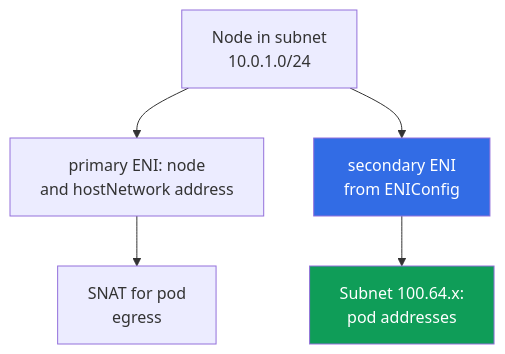
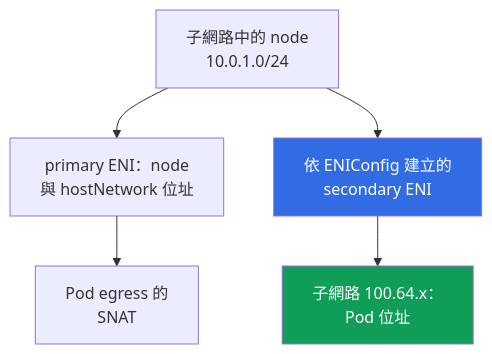
One commit to ViktorUJ/cks changed the second of 2 diagrams in tasks/eks/course/07/tw.md. Above: the diagram before and after it, drawn with Mermaid. The commit also changed other lines of this file and 534 other files, not shown here.

````diff
--- a/tasks/eks/course/07/tw.md
+++ b/tasks/eks/course/07/tw.md
@@ -109,9 +143,9 @@
 ```mermaid
 flowchart TB
-    node["Node in subnet<br/>10.0.1.0/24"] --> p["primary ENI: node<br/>and hostNetwork address"]
-    node --> s["secondary ENI<br/>from ENIConfig"]
-    s --> sub["Subnet 100.64.x:<br/>pod addresses"]
-    p --> snat["SNAT for pod<br/>egress"]
+    node["子網路中的 node<br/>10.0.1.0/24"] --> p["primary ENI：node<br/>與 hostNetwork 位址"]
+    node --> s["依 ENIConfig 建立的<br/>secondary ENI"]
+    s --> sub["子網路 100.64.x：<br/>Pod 位址"]
+    p --> snat["Pod egress 的<br/>SNAT"]
     style s fill:#326ce5,color:#fff
     style sub fill:#0f9d58,color:#fff
 ```
````
